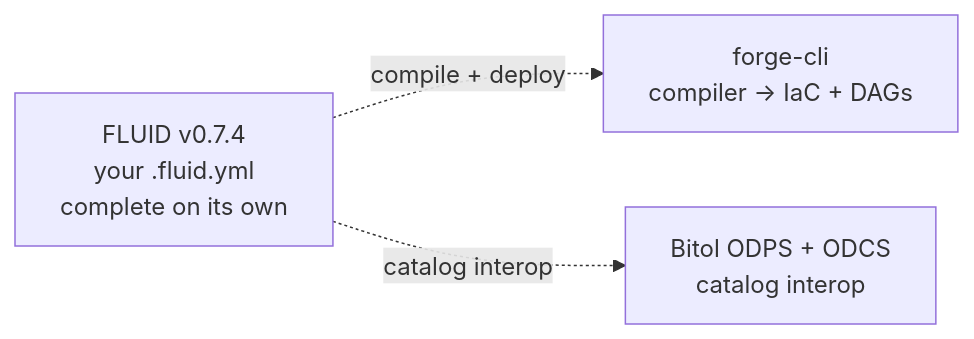
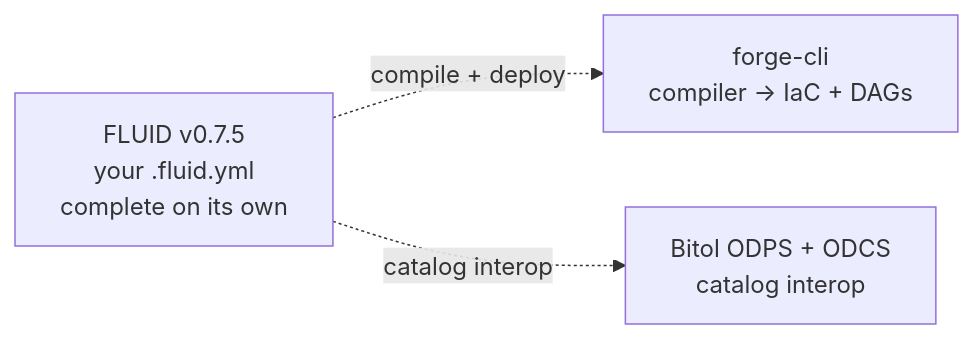
The diagram in README.md (open-data-protocol/fluid), drawn with Mermaid before and after one commit. The commit also changed other lines of this file and 17 other files, not shown here.

````diff
--- a/README.md
+++ b/README.md
@@ -24,8 +24,8 @@
 ```mermaid
 flowchart LR
-    F["FLUID v0.7.4<br/>your .fluid.yml<br/>complete on its own"]
+    F["FLUID v0.7.5<br/>your .fluid.yml<br/>complete on its own"]
     FC["forge-cli<br/>compiler → IaC + DAGs"]
     BIT["Bitol ODPS + ODCS<br/>catalog interop"]
     F -.->|compile + deploy| FC
     F -.->|catalog interop| BIT
 ```
````
